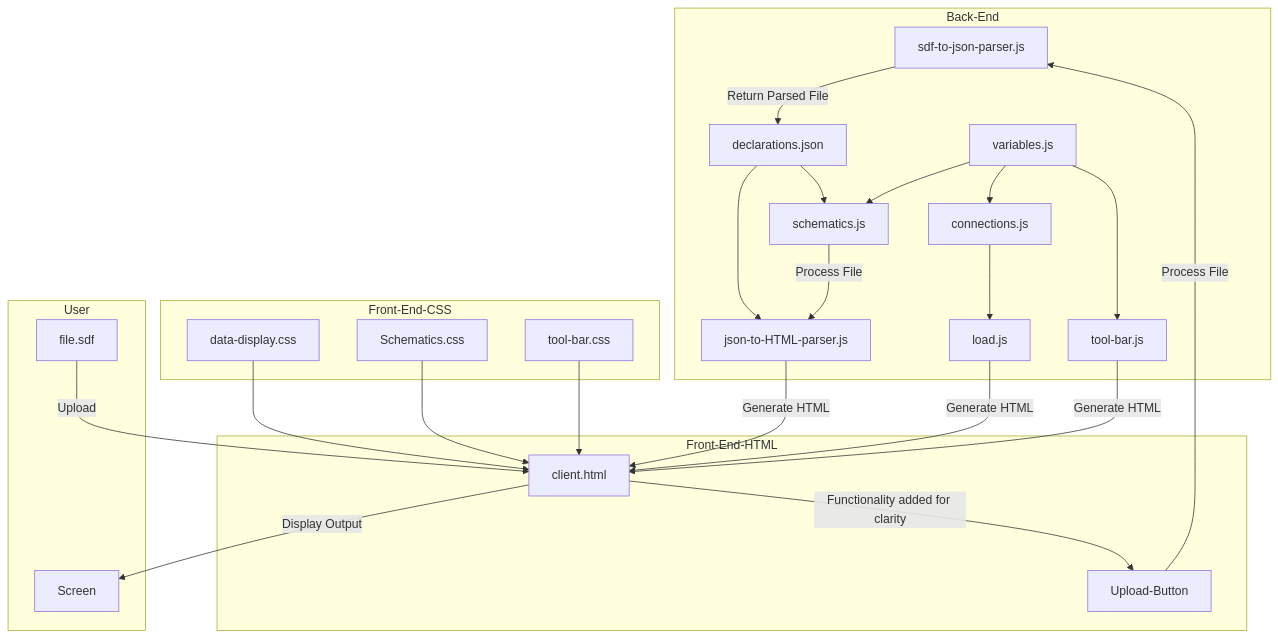
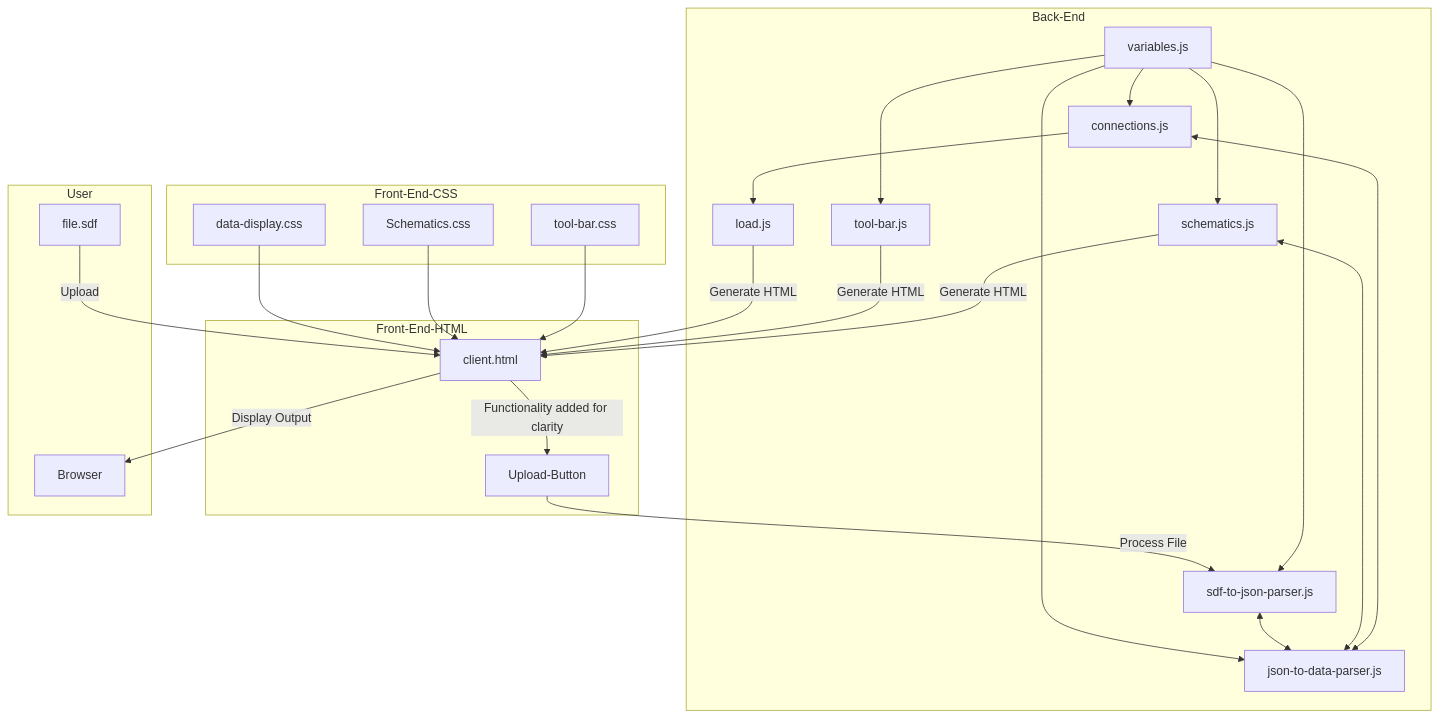
One commit to algosup/2024-2025-project-4-web-fpga-team-4 changed the diagram in documents/technical-specifications/technical-specifications.md. Above: the diagram before and after it, drawn with Mermaid. The commit also changed other lines of this file and 7 other files, not shown here.

````diff
--- a/documents/technical-specifications/technical-specifications.md
+++ b/documents/technical-specifications/technical-specifications.md
@@ -243,53 +290,53 @@
 ```mermaid
 graph TB
 
     %% Back-End Section
     subgraph Back-End [Back-End]
         sdfParser[sdf-to-json-parser.js]
-        jsonParser[json-to-HTML-parser.js]
-        Declarations[declarations.json]
+        jsonParser[json-to-data-parser.js]
         Schematics[schematics.js]
         Connections[connections.js]
         Toolbar[tool-bar.js]
         Load[load.js]
         Variables[variables.js]
     end
 
     %% Front-End-HTML Section
     subgraph Front-End-HTML [Front-End-HTML]
         Client[client.html]
         Upload-Button
     end
     subgraph Front-End-css [Front-End-CSS]
         Data-Display-Style[data-display.css]
         Schematics-Style[Schematics.css]
         Tool-Bar-Style[tool-bar.css]
     end
 
     %% User Section
     subgraph User [User]
         File[file.sdf]
-        Screen
+        Browser
     end
 
     %% Connections
 
     File -->|Upload| Client
-    sdfParser --> |Return Parsed File |Declarations
-    Declarations --> jsonParser
-    jsonParser -->|Generate HTML| Client
-    Declarations --> Schematics
-    Toolbar --> |Generate HTML| Client
+    Data-Display-Style --> Client
+    Schematics-Style --> Client
+    Tool-Bar-Style --> Client
+    Client --> |Functionality added for clarity| Upload-Button
+    Upload-Button -->|Process File| sdfParser
     Variables --> Schematics
     Variables --> Connections
     Variables --> Toolbar
-    Schematics --> |Process File| jsonParser
+    Variables --> sdfParser
+    Variables --> jsonParser
+    sdfParser <--> jsonParser
+    Schematics <--> jsonParser
+    Connections <--> jsonParser
     Connections --> Load
     Load -->|Generate HTML| Client
-    Client -->|Display Output| Screen
-    Data-Display-Style --> Client
-    Schematics-Style --> Client
-    Tool-Bar-Style --> Client
-    Upload-Button -->|Process File| sdfParser
-    Client --> |Functionality added for clarity| Upload-Button
+    Toolbar --> |Generate HTML| Client
+    Schematics --> |Generate HTML| Client
+    Client -->|Display Output| Browser
 ```
````
